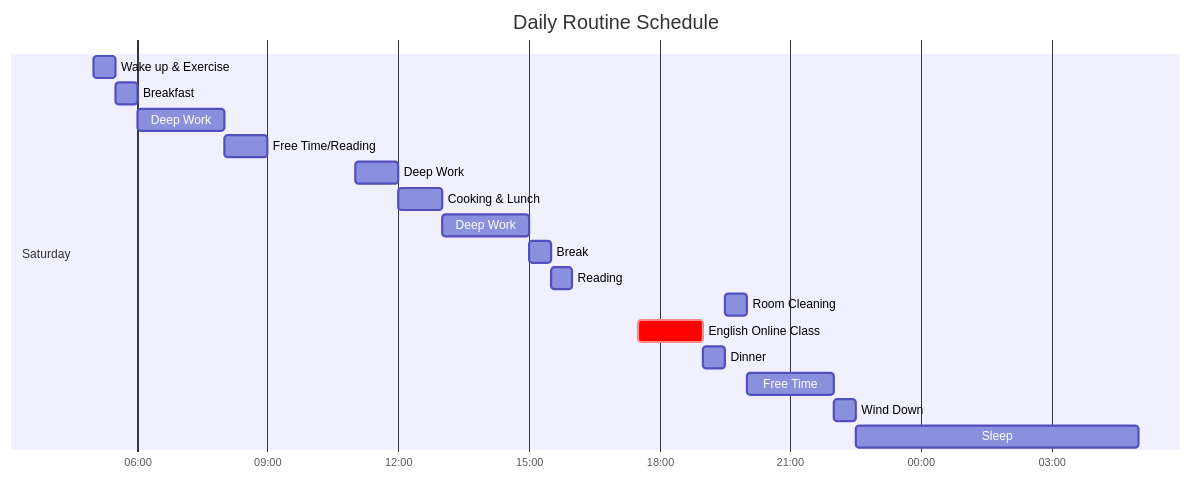
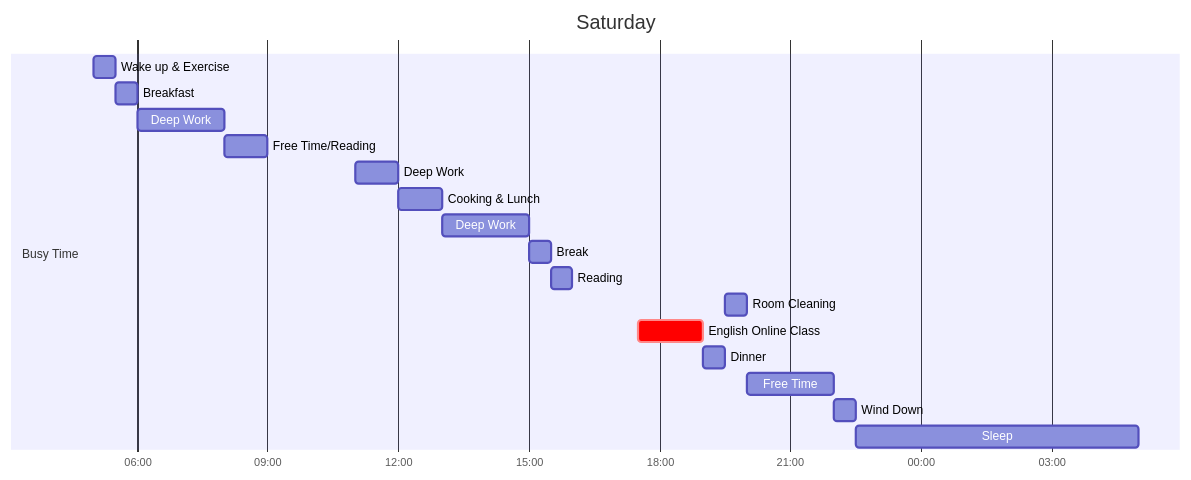
The third of 4 diagrams in balance/README.md (S-ROLL/notebook.maths), drawn with Mermaid before and after one commit. The commit also changed other lines of this file, not shown here.

````diff
--- a/balance/README.md
+++ b/balance/README.md
@@ -123,23 +53,27 @@
 ```mermaid
 gantt
-    title Daily Routine Schedule
+    title Saturday
     dateFormat  HH:mm
     axisFormat  %H:%M
     
-    section Saturday
+    section Busy Time
     Wake up & Exercise       :05:00, 0.5h
     Breakfast                :05:30, 0.5h
     Deep Work             :06:00, 2h
     Free Time/Reading        :08:00, 1h
     Deep Work             :11:00, 1h
     Cooking & Lunch          :12:00, 1h
     Deep Work             :13:00, 2h
     Break                    :15:00, 0.5h
     Reading                  :15:30, 0.5h
     Room Cleaning            :19:30, 0.5h
     English Online Class     : crit, 17:30, 1.5h
     Dinner                   :19:00, 0.5h
     Free Time                :20:00, 2h
     Wind Down                :22:00, 0.5h
     Sleep                    :22:30, 6.5h
+
+    section Housework Time
+
+    section Personal Time
 ```
````
